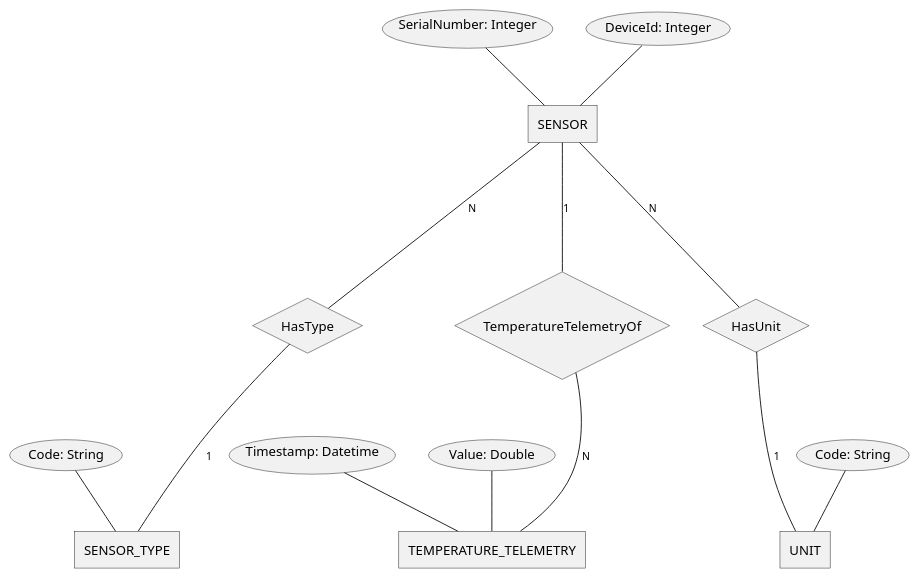
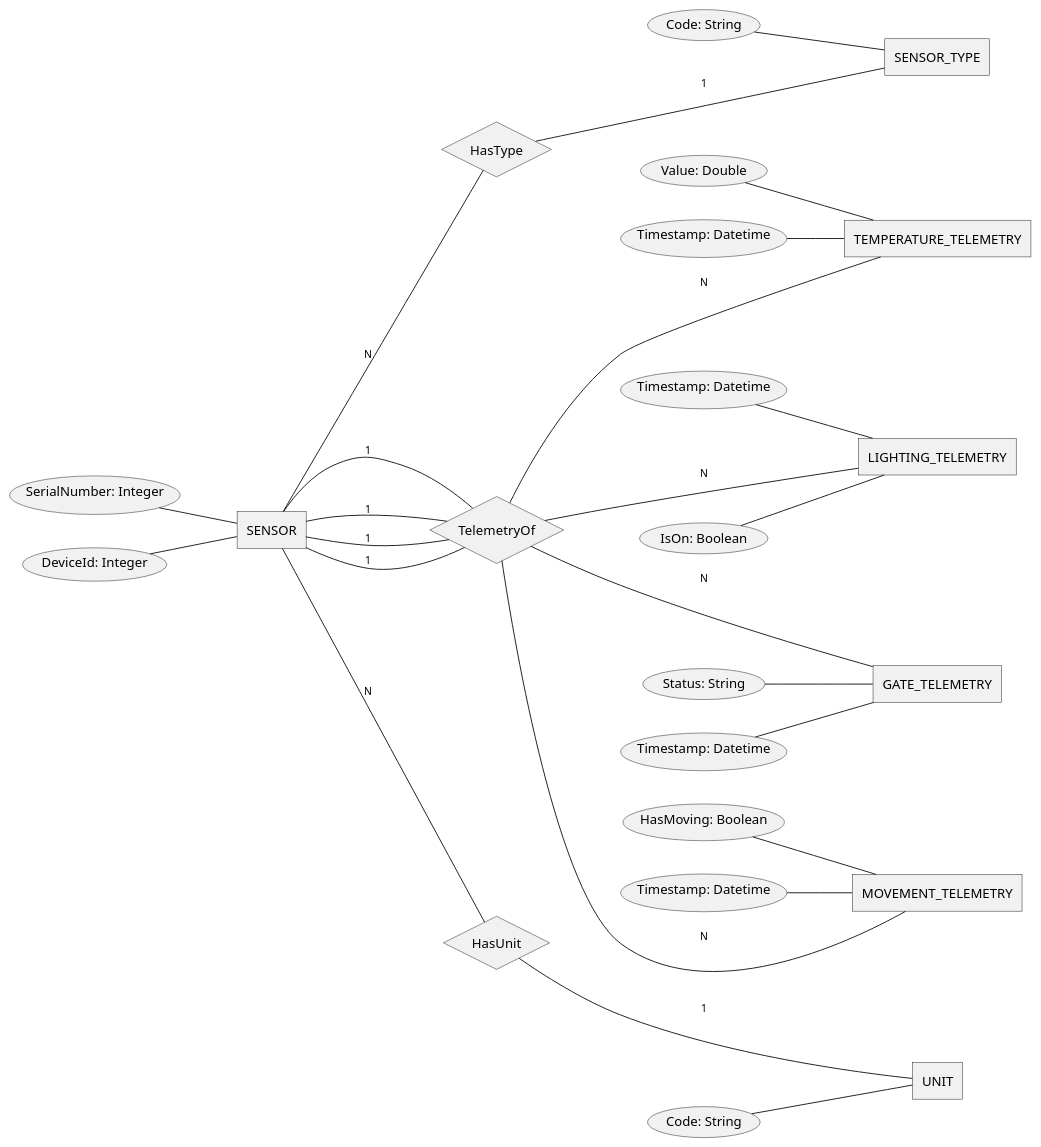
The diagram in docs/architecture/TO BE/MVP/ER-Diagramms/telemetry.md (alex-fullstack/architecture-sprint-3), drawn with PlantUML before and after one commit. The commit also changed 9 other files, not shown here.

````diff
--- a/docs/architecture/TO BE/MVP/ER-Diagramms/telemetry.md
+++ b/docs/architecture/TO BE/MVP/ER-Diagramms/telemetry.md
@@ -1,39 +1,65 @@
 ```puml
 @startchen
+
+left to right direction
 
 entity SENSOR {
     SerialNumber: Integer
     DeviceId: Integer
 }
 entity UNIT{
     Code: String
 }
 
 entity SENSOR_TYPE {
     Code: String
 }
 
 entity TEMPERATURE_TELEMETRY {
     Value: Double
     Timestamp: Datetime
 }
 
+entity LIGHTING_TELEMETRY {
+    IsOn: Boolean
+    Timestamp: Datetime
+}
+
+entity GATE_TELEMETRY {
+    Status: String
+    Timestamp: Datetime
+}
+
+entity MOVEMENT_TELEMETRY {
+    HasMoving: Boolean
+    Timestamp: Datetime
+}
+
 relationship HasType {
 }
 
-relationship TemperatureTelemetryOf {
+relationship TelemetryOf {
 }
 
 relationship HasUnit {
 }
 
 SENSOR -N- HasType
 HasType -1- SENSOR_TYPE
 
 SENSOR -N- HasUnit
 HasUnit -1- UNIT
 
-SENSOR -1- TemperatureTelemetryOf
-TemperatureTelemetryOf -N- TEMPERATURE_TELEMETRY
+SENSOR -1- TelemetryOf
+TelemetryOf -N- TEMPERATURE_TELEMETRY
+
+SENSOR -1- TelemetryOf
+TelemetryOf -N- LIGHTING_TELEMETRY
+
+SENSOR -1- TelemetryOf
+TelemetryOf -N- GATE_TELEMETRY
+
+SENSOR -1- TelemetryOf
+TelemetryOf -N- MOVEMENT_TELEMETRY
 @endchen
 ``` 
````
